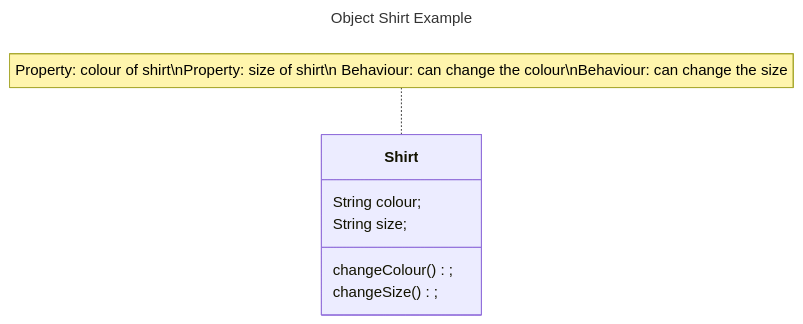
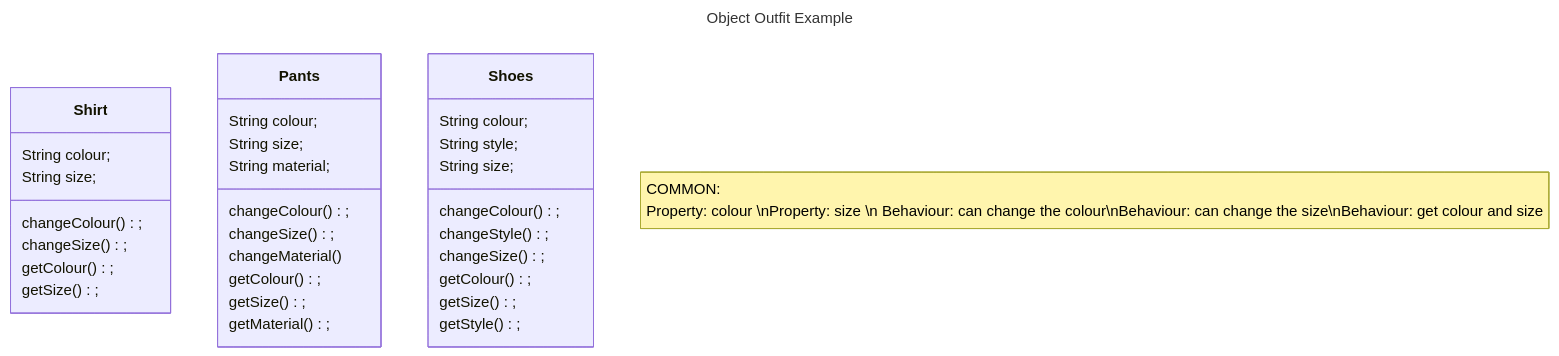
Before and after one commit to ScarlettRobotics/Lesson-2: the diagram in README.md, drawn with Mermaid. The commit also changed other lines of this file, not shown here.

````diff
--- a/README.md
+++ b/README.md
@@ -13,15 +13,42 @@
 ```mermaid
 ---
-title: Object Shirt Example
+title: Object Outfit Example
 ---
 classDiagram
     
-  note for Shirt "Property: colour of shirt\nProperty: size of shirt\n Behaviour: can change the colour\nBehaviour: can change the size"
+  note "COMMON:
+  Property: colour \nProperty: size \n Behaviour: can change the colour\nBehaviour: can change the size\nBehaviour: get colour and size"
   class Shirt{
   String colour;
   String size;
   
   changeColour();
   changeSize();
-}
+  getColour();
+  getSize();
+  }
+  class Pants{
+    String colour;
+    String size;
+    String material;
+
+    changeColour();
+    changeSize();
+    changeMaterial()
+    getColour();
+    getSize();
+    getMaterial();
+  }
+  class Shoes{
+    String colour;
+    String style;
+    String size;
+
+    changeColour();
+    changeStyle();
+    changeSize();
+    getColour();
+    getSize();
+    getStyle();
+  }
 ```
````
